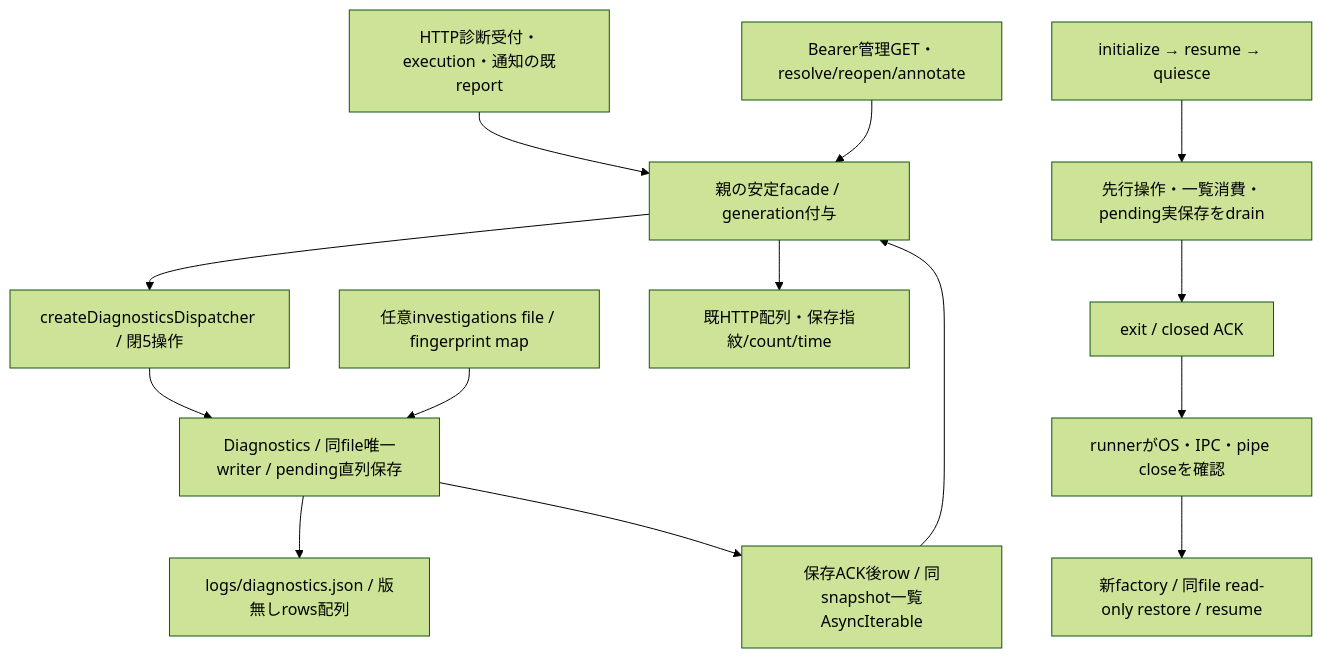
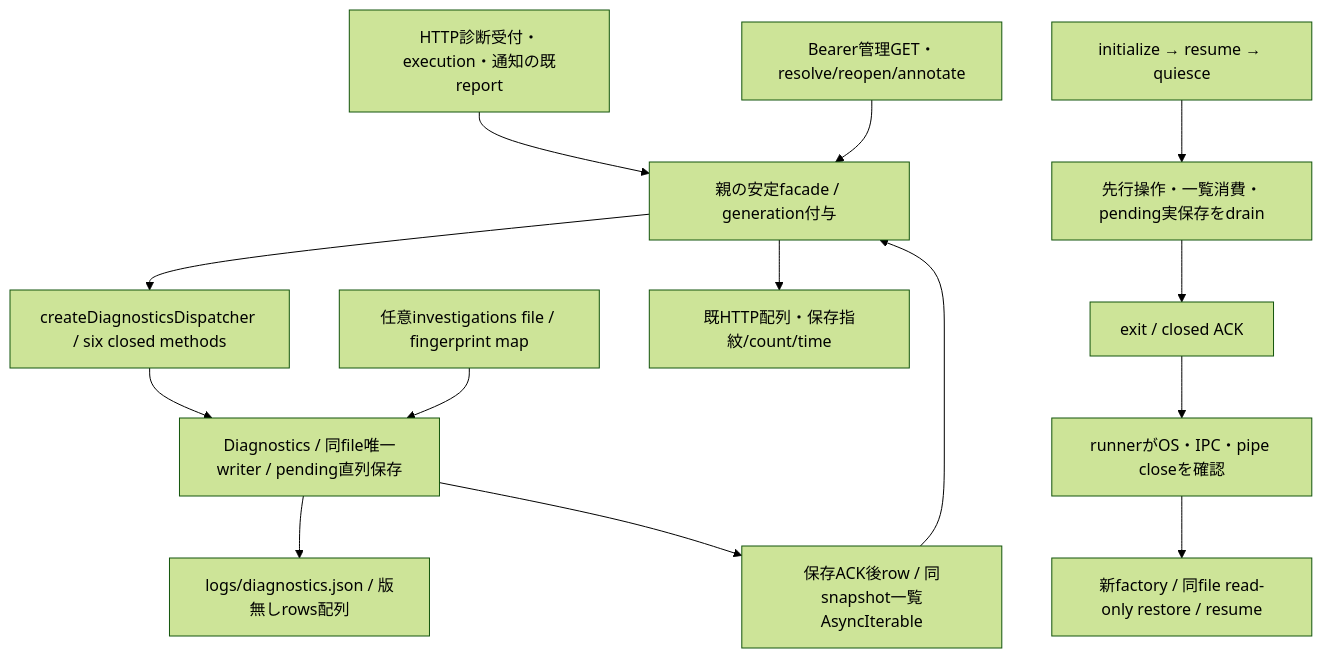
Before and after one commit to kitepon/BellTeam: the diagram in docs/architecture/modules/diagnostics/module-update.md, drawn with Mermaid (forest theme). The commit also changed other lines of this file and 8 other files, not shown here.

````diff
--- a/docs/architecture/modules/diagnostics/module-update.md
+++ b/docs/architecture/modules/diagnostics/module-update.md
@@ -5,16 +5,16 @@
 ```mermaid
 flowchart TD
   Callers[HTTP診断受付・execution・通知の既report] --> Facade[親の安定facade / generation付与]
   Admin[Bearer管理GET・resolve/reopen/annotate] --> Facade
-  Facade --> Dispatcher[createDiagnosticsDispatcher / 閉5操作]
+  Facade --> Dispatcher[createDiagnosticsDispatcher / six closed methods]
   Dispatcher --> Writer[Diagnostics / 同file唯一writer / pending直列保存]
   Writer --> File[logs/diagnostics.json / 版無しrows配列]
   Notes[任意investigations file / fingerprint map] --> Writer
   Writer --> Result[保存ACK後row / 同snapshot一覧AsyncIterable]
   Result --> Facade
   Facade --> HTTP[既HTTP配列・保存指紋/count/time]
   Control[initialize → resume → quiesce] --> Drain[先行操作・一覧消費・pending実保存をdrain]
   Drain --> Exit[exit / closed ACK]
   Exit --> Runtime[runnerがOS・IPC・pipe closeを確認]
   Runtime --> Restore[新factory / 同file read-only restore / resume]
 ```
````
